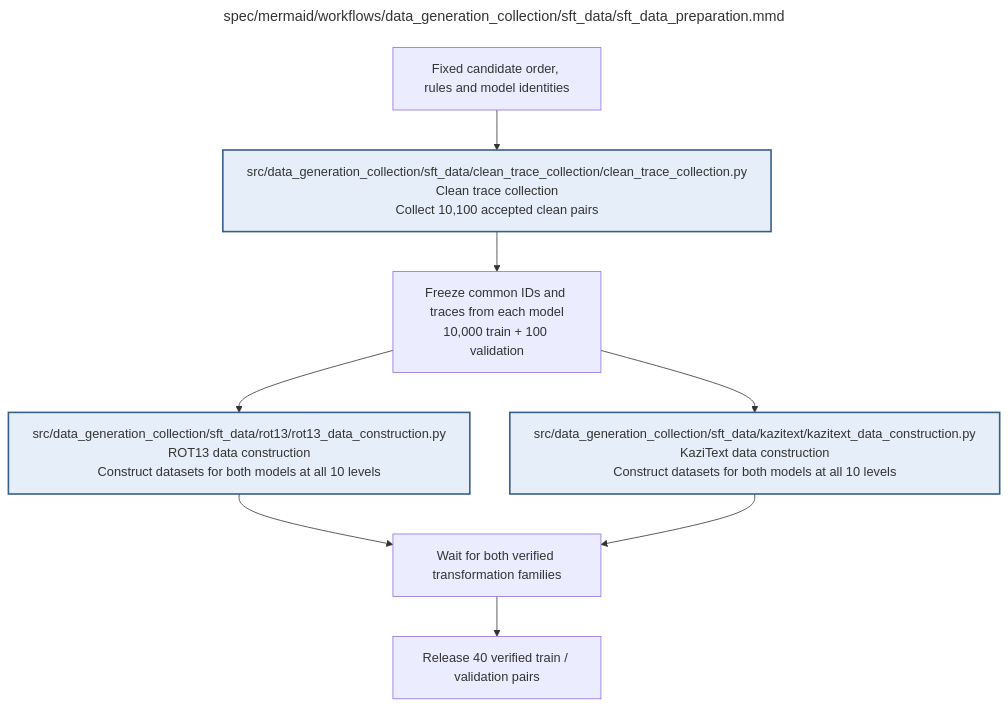
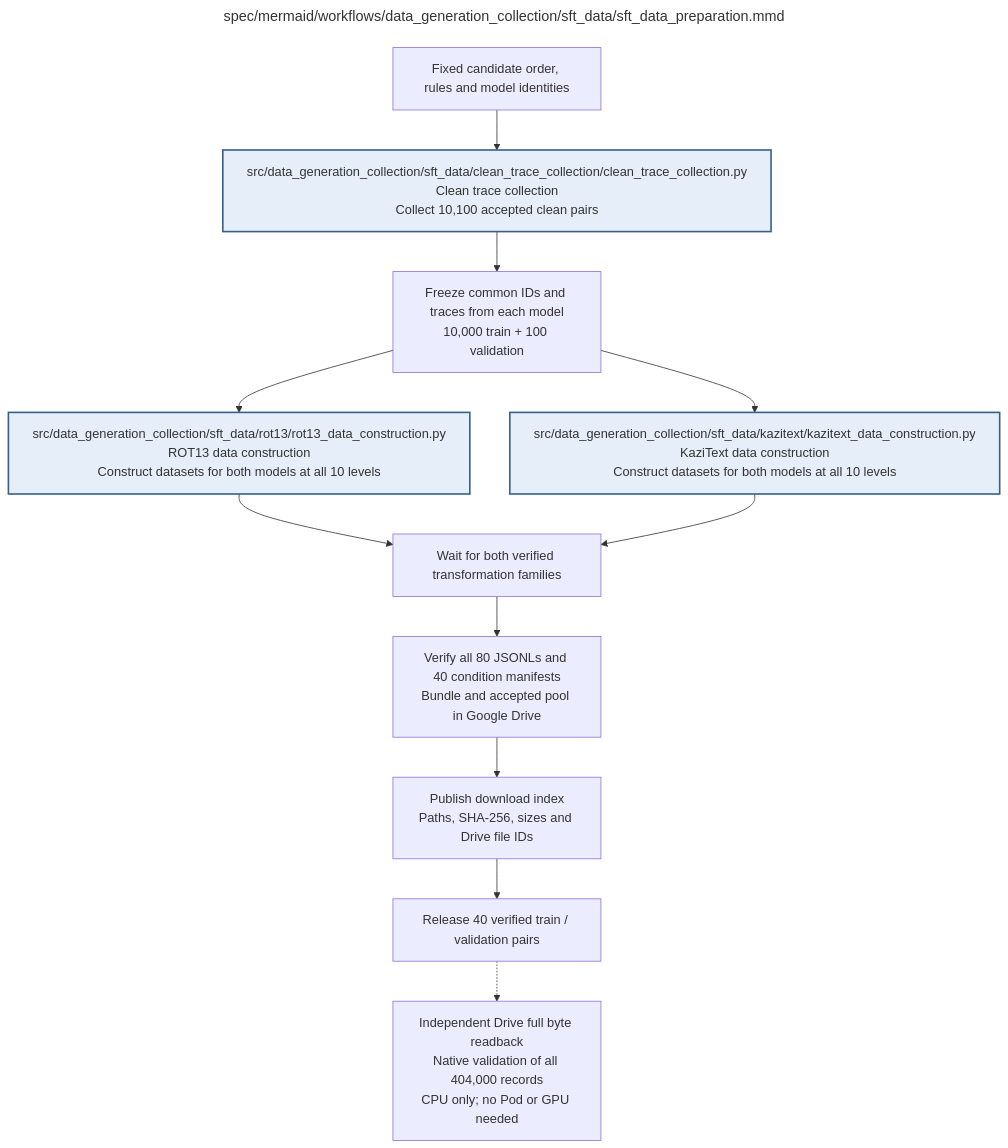
Before and after one commit to AJUNNYC/inducing_persistent_textual_chain_of_thought_illegibility: the diagram in docs/modules/data_generation_collection/sft_data/sft_data_preparation.md, drawn with Mermaid. The commit also changed other lines of this file and 31 other files, not shown here.

Commit message:
Reconcile current documentation, integrated protocol and workflow diagrams

````diff
--- a/docs/modules/data_generation_collection/sft_data/sft_data_preparation.md
+++ b/docs/modules/data_generation_collection/sft_data/sft_data_preparation.md
@@ -63,40 +67,44 @@
 ```mermaid
 ---
 title: "spec/mermaid/workflows/data_generation_collection/sft_data/sft_data_preparation.mmd"
 ---
 flowchart TD
 %% SFT data preparation
 %% Edit quoted node labels directly; this is native Mermaid.
 %% Execution contract: known faults use bounded recovery; unclassified/persistent faults stop the worker.
 %% Frozen invalid inputs are fatal. Unrecoverable child failures propagate; never release incomplete results.
 %% SFT data preparation
 %% Both models use the same IDs; each model contributes its own traces.
 %% Candidate order / rules are fixed first; accepted IDs are frozen only after collection.
 %% Every child must return a verified completion; stop propagates to this parent.
 %% Transformed-data construction
 %% All levels share the same 10,000 train IDs and separate 100 validation IDs.
 %% Accepted clean traces are untransformed, structurally valid baseline outputs, not verified correct reasoning.
 %% Each trace has at least three eligible words; short traces and repeated masks remain eligible.
 %% Child: COLLECT => clean_trace_collection/clean_trace_collection.mmd
 %% Child: ROT => rot13/rot13_data_construction.mmd
 %% Child: KAZ => kazitext/kazitext_data_construction.mmd
     INPUT["Fixed candidate order, rules and model identities"]
     COLLECT["src/data_generation_collection/sft_data/clean_trace_collection/clean_trace_collection.py<br/>Clean trace collection<br/>Collect 10,100 accepted clean pairs"]
     FREEZE["Freeze common IDs and traces from each model<br/>10,000 train + 100 validation"]
     ROT["src/data_generation_collection/sft_data/rot13/rot13_data_construction.py<br/>ROT13 data construction<br/>Construct datasets for both models at all 10 levels"]
     KAZ["src/data_generation_collection/sft_data/kazitext/kazitext_data_construction.py<br/>KaziText data construction<br/>Construct datasets for both models at all 10 levels"]
     WAIT["Wait for both verified transformation families"]
+    DRIVE["Verify all 80 JSONLs and 40 condition manifests<br/>Bundle and accepted pool in Google Drive"]
+    INDEX["Publish download index<br/>Paths, SHA-256, sizes and Drive file IDs"]
+    AUDIT["Independent Drive full byte readback<br/>Native validation of all 404,000 records<br/>CPU only; no Pod or GPU needed"]
     OUT["Release 40 verified train / validation pairs"]
     INPUT --> COLLECT --> FREEZE
     FREEZE --> ROT --> WAIT
     FREEZE --> KAZ --> WAIT
-    WAIT --> OUT
+    WAIT --> DRIVE --> INDEX --> OUT
+    OUT -.-> AUDIT
     classDef detail fill:#e5eef9,stroke:#365f8a,stroke-width:2px
     class COLLECT,ROT,KAZ detail
 
 %% Repository module: src/data_generation_collection/sft_data/sft_data_preparation.py
 %% Module documentation: docs/modules/data_generation_collection/sft_data/sft_data_preparation.md
 %% Unit test: tests/unit/data_generation_collection/sft_data/test_sft_data_preparation.py
 %% Owner: data_preparation
 %% Source sections: 3.1; B.1; C.1–C.2.3; E.2.2–E.2.4; H.2–H.3
 ```
````
